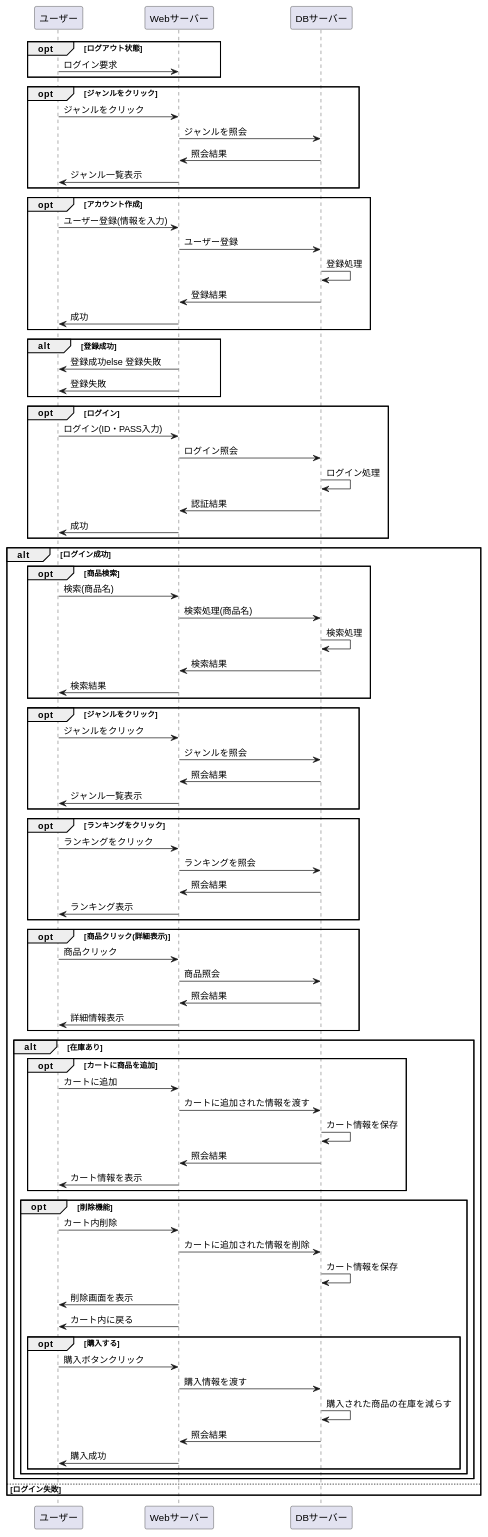
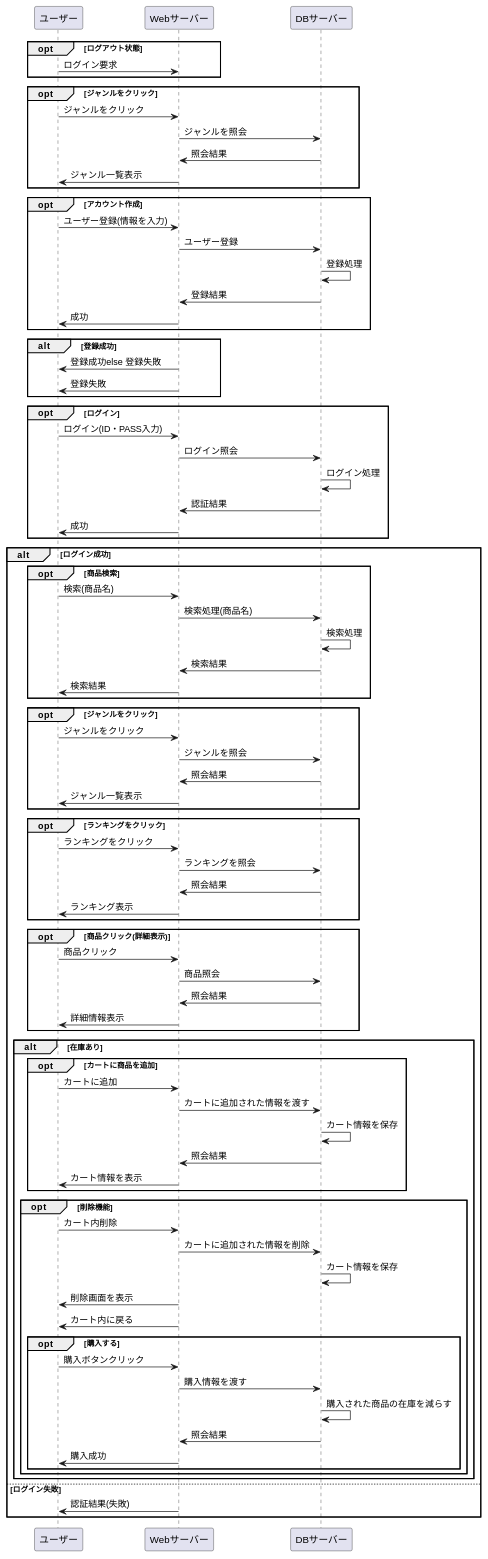
The diagram in stationary/業務フロー/kari1.md (Aso2001154/2021sys-design), drawn with PlantUML before and after one commit.

```diff
--- a/stationary/業務フロー/kari1.md
+++ b/stationary/業務フロー/kari1.md
@@ -93,6 +93,7 @@
 
 
 else ログイン失敗
+Webサーバー -> ユーザー : 認証結果(失敗)
 end
 
 @enduml
```
